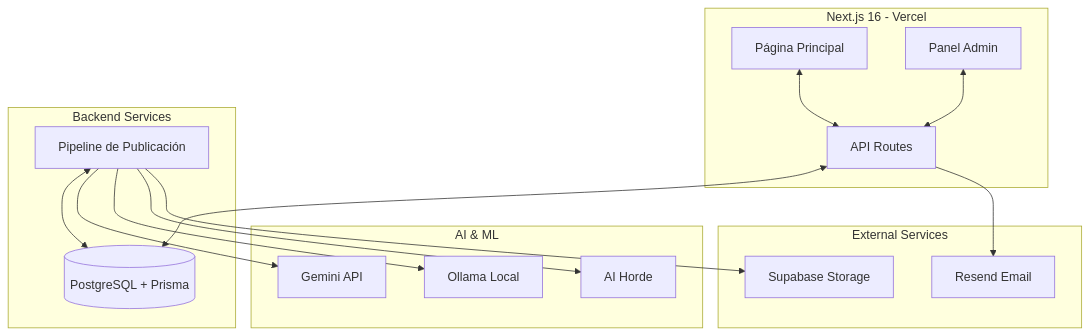
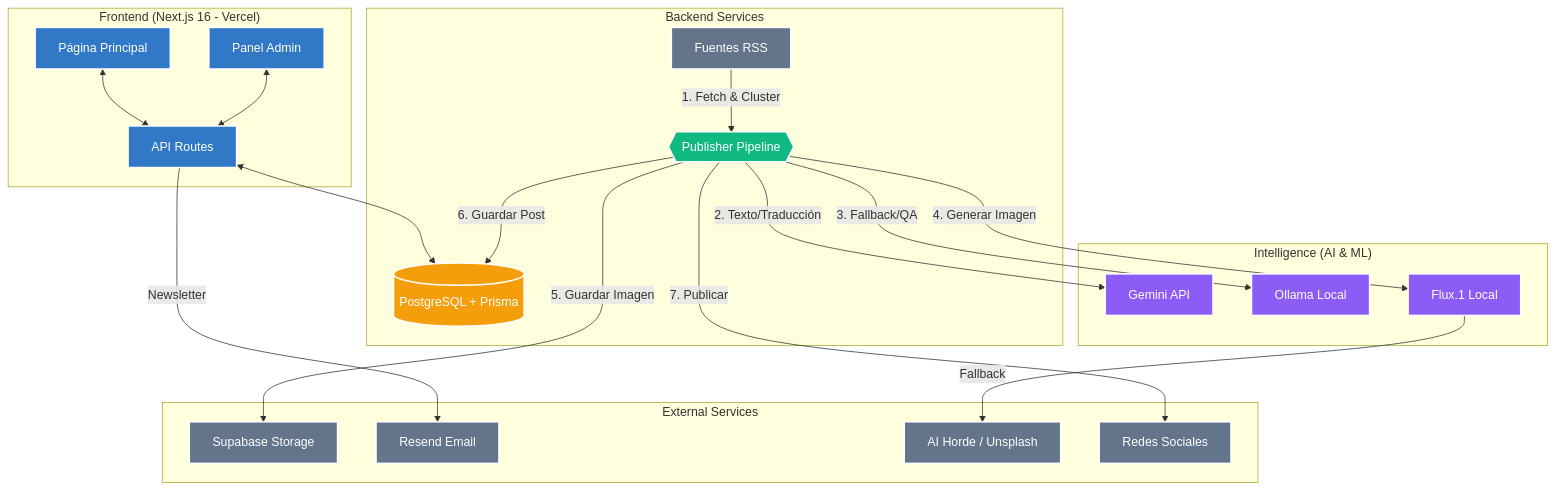
The diagram in docs/01 - Arquitectura.md (CarlosEmerito/EmeDotEme), drawn with Mermaid before and after one commit. The commit also changed 5 other files, not shown here.

````diff
--- a/docs/01 - Arquitectura.md
+++ b/docs/01 - Arquitectura.md
@@ -9,34 +9,50 @@
 ```mermaid
 graph TB
-    subgraph Frontend [Next.js 16 - Vercel]
-        UI[Página Principal]
-        Admin[Panel Admin]
-        API[API Routes]
+    %% Definición de estilos
+    classDef frontend fill:#3178c6,stroke:#fff,stroke-width:2px,color:#fff;
+    classDef backend fill:#10b981,stroke:#fff,stroke-width:2px,color:#fff;
+    classDef ai fill:#8b5cf6,stroke:#fff,stroke-width:2px,color:#fff;
+    classDef db fill:#f59e0b,stroke:#fff,stroke-width:2px,color:#fff;
+    classDef external fill:#64748b,stroke:#fff,stroke-width:2px,color:#fff;
+
+    subgraph "Frontend (Next.js 16 - Vercel)"
+        UI[Página Principal]:::frontend
+        Admin[Panel Admin]:::frontend
+        API[API Routes]:::frontend
     end
 
-    subgraph Backend [Backend Services]
-        DB[(PostgreSQL + Prisma)]
-        Pipeline[Pipeline de Publicación]
+    subgraph "Backend Services"
+        DB[(PostgreSQL + Prisma)]:::db
+        Pipeline{{"Publisher Pipeline"}}:::backend
+        RSS[Fuentes RSS]:::external
     end
 
-    subgraph Intelligence [AI & ML]
-        Gemini[Gemini API]
-        Ollama[Ollama Local]
-        Horde[AI Horde]
+    subgraph "Intelligence (AI & ML)"
+        Gemini[Gemini API]:::ai
+        Ollama[Ollama Local]:::ai
+        Flux[Flux.1 Local]:::ai
     end
 
-    subgraph Storage [External Services]
-        Supa[Supabase Storage]
-        Resend[Resend Email]
+    subgraph "External Services"
+        Supa[Supabase Storage]:::external
+        Resend[Resend Email]:::external
+        Horde[AI Horde / Unsplash]:::external
+        Social[Redes Sociales]:::external
     end
 
+    %% Data Flow
     UI <--> API
     Admin <--> API
     API <--> DB
-    Pipeline <--> DB
-    Pipeline --> Gemini
-    Pipeline --> Ollama
-    Pipeline --> Horde
-    Pipeline --> Supa
-    API --> Resend
+    
+    %% Pipeline Flow
+    RSS -- "1. Fetch & Cluster" --> Pipeline
+    Pipeline -- "2. Texto/Traducción" --> Gemini
+    Pipeline -- "3. Fallback/QA" --> Ollama
+    Pipeline -- "4. Generar Imagen" --> Flux
+    Flux -- "Fallback" --> Horde
+    Pipeline -- "5. Guardar Imagen" --> Supa
+    Pipeline -- "6. Guardar Post" --> DB
+    Pipeline -- "7. Publicar" --> Social
+    API -- "Newsletter" --> Resend
 ```
````
